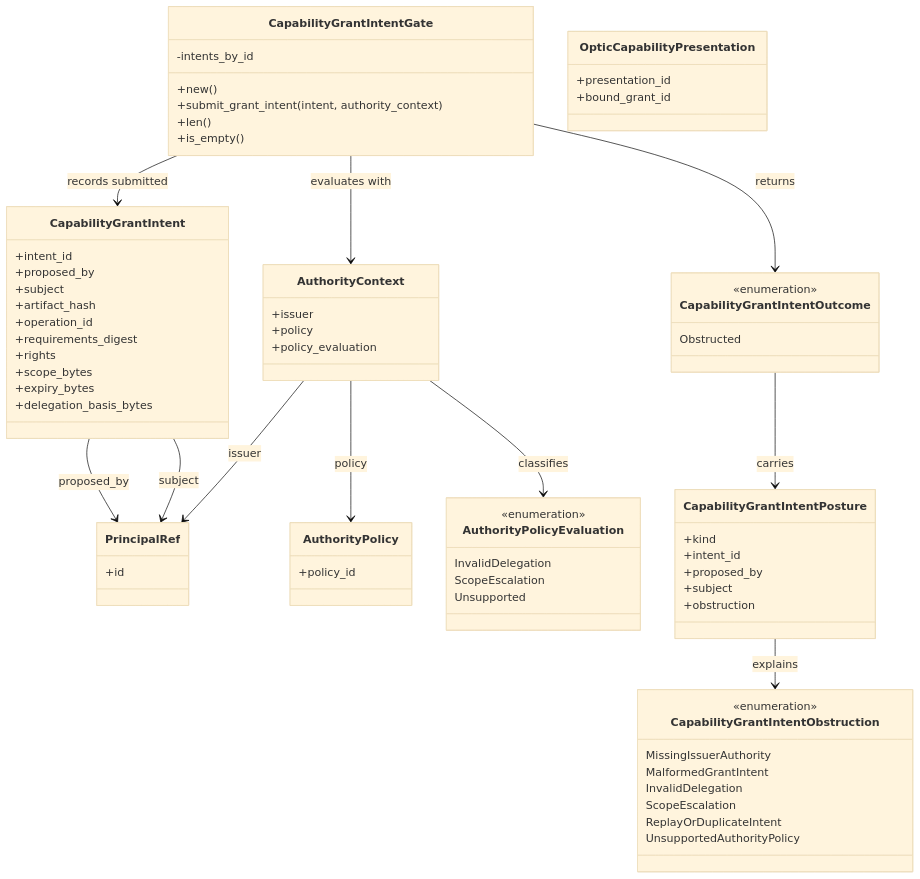
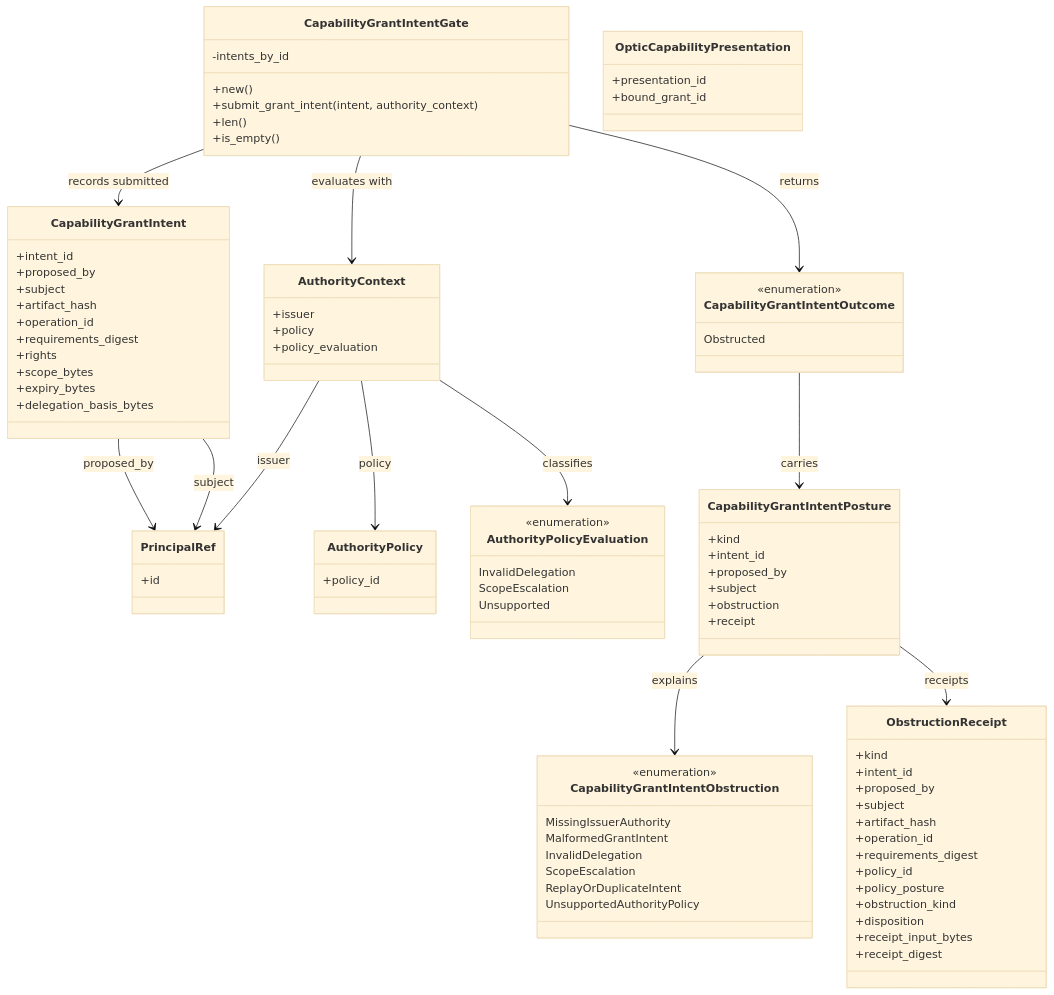
Before and after one commit to flyingrobots/echo: the fourth of 5 diagrams in docs/design/optic-capability-grant-intent-boundary.md, drawn with Mermaid (base theme). The commit also changed other lines of this file and 4 other files, not shown here.

Commit message:
test(core): reconcile grant obstruction receipts

````diff
--- a/docs/design/optic-capability-grant-intent-boundary.md
+++ b/docs/design/optic-capability-grant-intent-boundary.md
@@ -204,6 +208,23 @@
     +proposed_by
     +subject
     +obstruction
+    +receipt
+  }
+
+  class ObstructionReceipt {
+    +kind
+    +intent_id
+    +proposed_by
+    +subject
+    +artifact_hash
+    +operation_id
+    +requirements_digest
+    +policy_id
+    +policy_posture
+    +obstruction_kind
+    +disposition
+    +receipt_input_bytes
+    +receipt_digest
   }
 
   class CapabilityGrantIntentObstruction {
@@ -231,4 +252,5 @@
   CapabilityGrantIntentGate --> CapabilityGrantIntentOutcome : returns
   CapabilityGrantIntentOutcome --> CapabilityGrantIntentPosture : carries
   CapabilityGrantIntentPosture --> CapabilityGrantIntentObstruction : explains
+  CapabilityGrantIntentPosture --> ObstructionReceipt : receipts
 ```
````
